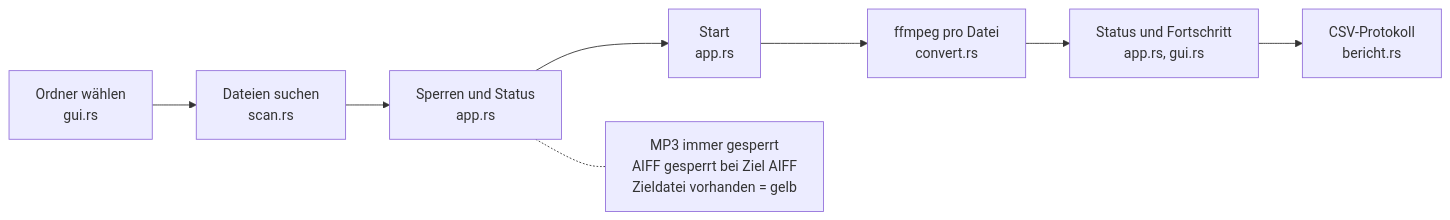
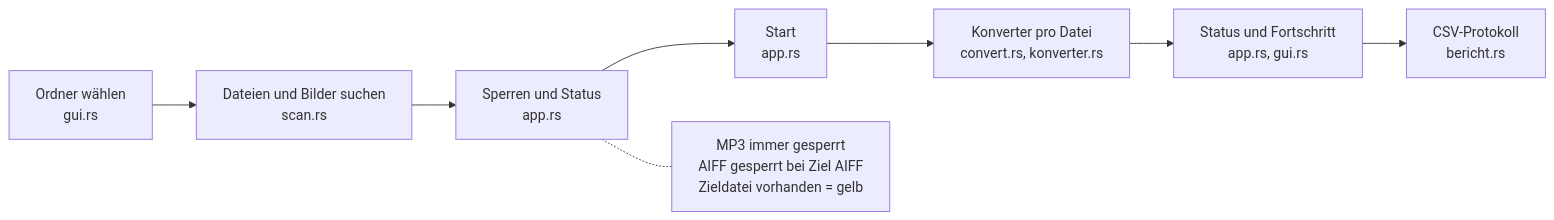
Before and after one commit to Senci/audio-konverter: the diagram in wiki/diagramme/ablauf.md, drawn with Mermaid. The commit also changed 7 other files, not shown here.

````diff
--- a/wiki/diagramme/ablauf.md
+++ b/wiki/diagramme/ablauf.md
@@ -3,10 +3,10 @@
 ```mermaid
 flowchart LR
-    A["Ordner wählen<br/>gui.rs"] --> B["Dateien suchen<br/>scan.rs"]
+    A["Ordner wählen<br/>gui.rs"] --> B["Dateien und Bilder suchen<br/>scan.rs"]
     B --> C["Sperren und Status<br/>app.rs"]
     C --> D["Start<br/>app.rs"]
-    D --> E["ffmpeg pro Datei<br/>convert.rs"]
+    D --> E["Konverter pro Datei<br/>convert.rs, konverter.rs"]
     E --> F["Status und Fortschritt<br/>app.rs, gui.rs"]
     F --> G["CSV-Protokoll<br/>bericht.rs"]
     C -.- N["MP3 immer gesperrt<br/>AIFF gesperrt bei Ziel AIFF<br/>Zieldatei vorhanden = gelb"]
 ```
````
